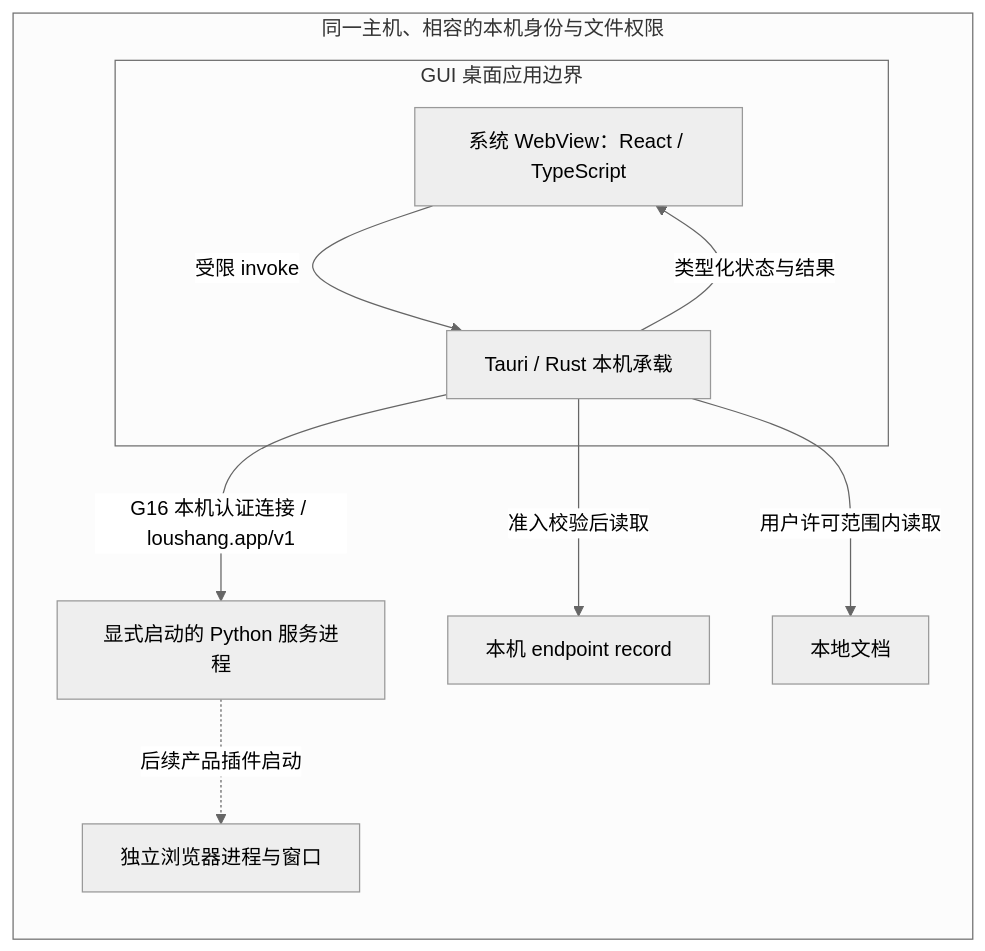
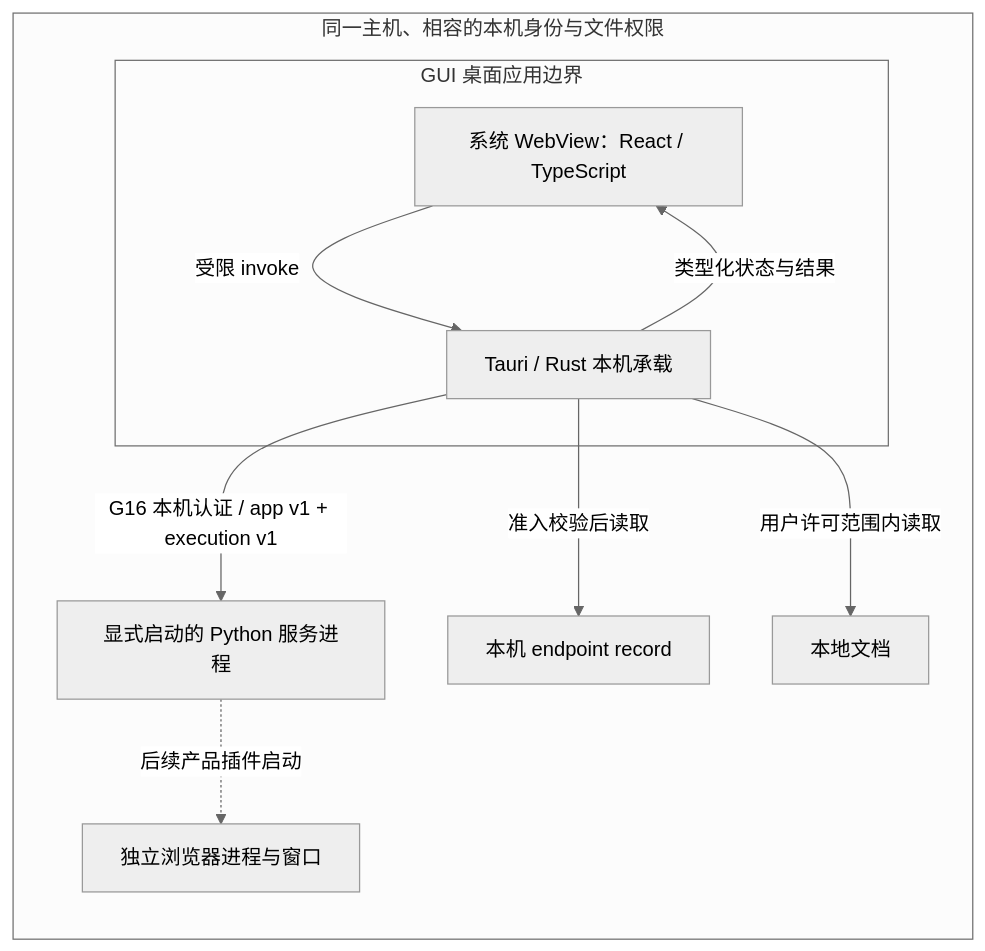
The second of 2 diagrams in docs/internals/architecture/drafts/gui-system-context-and-boundary-contract.md (zhnt/loushang), drawn with Mermaid (neutral theme) before and after one commit. The commit also changed other lines of this file and 3 other files, not shown here.

````diff
--- a/docs/internals/architecture/drafts/gui-system-context-and-boundary-contract.md
+++ b/docs/internals/architecture/drafts/gui-system-context-and-boundary-contract.md
@@ -107,15 +112,15 @@
 ```mermaid
 flowchart LR
     subgraph H[同一主机、相容的本机身份与文件权限]
         subgraph G[GUI 桌面应用边界]
             W[系统 WebView：React / TypeScript]
             R[Tauri / Rust 本机承载]
             W -->|受限 invoke| R
             R -->|类型化状态与结果| W
         end
-        R -->|G16 本机认证连接 / loushang.app/v1| S[显式启动的 Python 服务进程]
+        R -->|G16 本机认证 / app v1 + execution v1| S[显式启动的 Python 服务进程]
         R -->|准入校验后读取| E[本机 endpoint record]
         R -->|用户许可范围内读取| F[本地文档]
         S -.->|后续产品插件启动| B[独立浏览器进程与窗口]
     end
 ```
````
